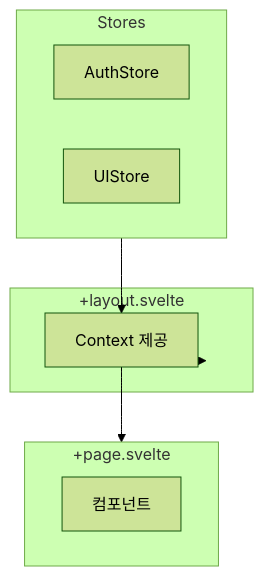
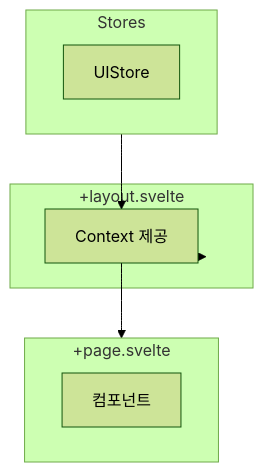
The third of 3 diagrams in docs/architecture.md (Sogang-Computer-Club/sogangcomputerclub.org), drawn with Mermaid (forest theme) before and after one commit. The commit also changed other lines of this file and 15 other files, not shown here.

````diff
--- a/docs/architecture.md
+++ b/docs/architecture.md
@@ -125,19 +125,18 @@
 ```mermaid
 flowchart TB
     subgraph Layout["+layout.svelte"]
         Context[Context 제공]
     end
 
     subgraph Page["+page.svelte"]
         Component[컴포넌트]
     end
 
     subgraph Store["Stores"]
-        AuthStore[AuthStore]
         UIStore[UIStore]
     end
 
     Layout --> Context
     Context --> Page
     Store --> Context
 ```
````
